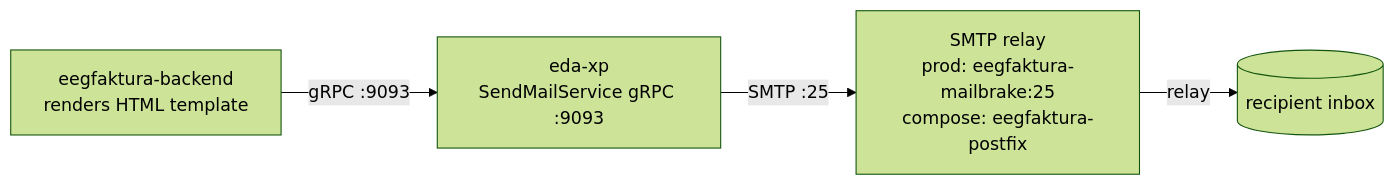
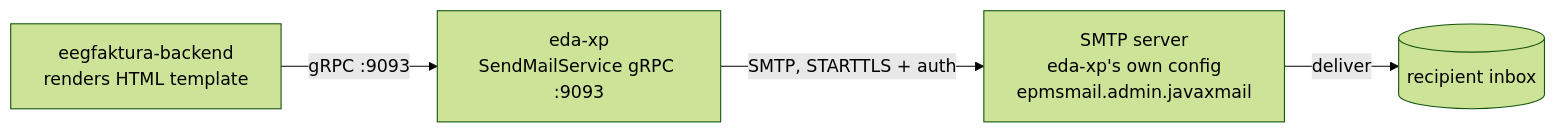
One commit to eegfaktura/eegfaktura-docs changed the diagram in docs/architecture/email.md. Above: the diagram before and after it, drawn with Mermaid (forest theme). The commit also changed other lines of this file and 2 other files, not shown here.

Commit message:
docs(billing): async run, ZVT buckets, auth checks, tables; mail paths

````diff
--- a/docs/architecture/email.md
+++ b/docs/architecture/email.md
@@ -13,8 +13,8 @@
 ```mermaid
 flowchart LR
     BE[eegfaktura-backend<br/>renders HTML template]
     XP[eda-xp<br/>SendMailService gRPC :9093]
-    MB[SMTP relay<br/>prod: eegfaktura-mailbrake:25<br/>compose: eegfaktura-postfix]
+    MB[SMTP server<br/>eda-xp's own config<br/>epmsmail.admin.javaxmail]
     INBOX[(recipient inbox)]
-    BE -->|gRPC :9093| XP -->|SMTP :25| MB -->|relay| INBOX
+    BE -->|gRPC :9093| XP -->|SMTP, STARTTLS + auth| MB -->|deliver| INBOX
 ```
````
